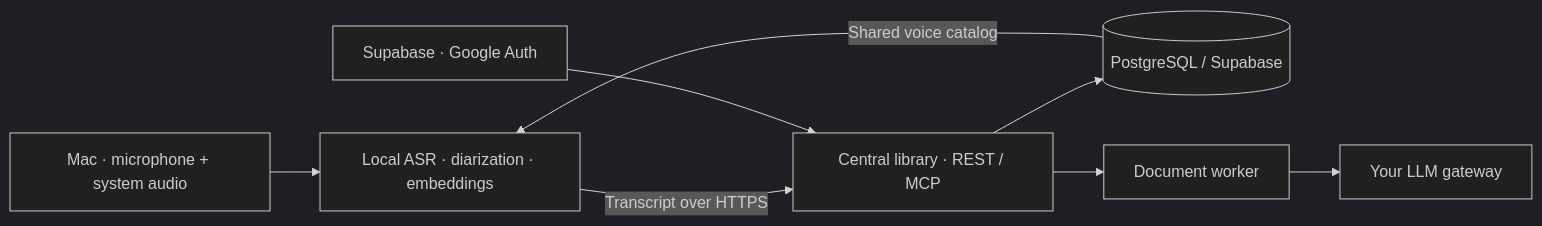
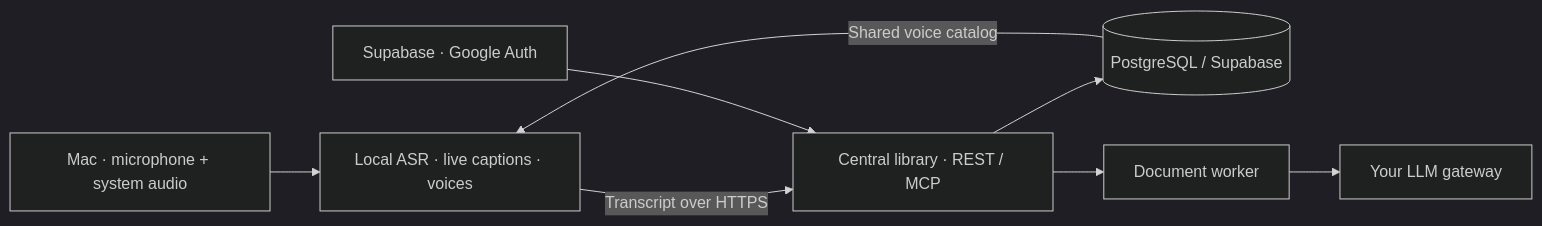
One commit to AlexHHPS/synth changed the diagram in README.md. Above: the diagram before and after it, drawn with Mermaid (dark theme). The commit also changed other lines of this file and 319 other files, not shown here.

First line of the commit message:
feat(voice): port minutes v2, glossary, questions, calendar and live captions (#1)

````diff
--- a/README.md
+++ b/README.md
@@ -47,10 +87,10 @@
 ```mermaid
 flowchart LR
-  Capture["Mac · microphone + system audio"] --> Acoustic["Local ASR · diarization · embeddings"]
+  Capture["Mac · microphone + system audio"] --> Acoustic["Local ASR · live captions · voices"]
   Acoustic -->|"Transcript over HTTPS"| API["Central library · REST / MCP"]
   API --> DB[("PostgreSQL / Supabase")]
   DB -->|"Shared voice catalog"| Acoustic
   API --> Worker["Document worker"]
   Worker --> Gateway["Your LLM gateway"]
   Auth["Supabase · Google Auth"] --> API
 ```
````
